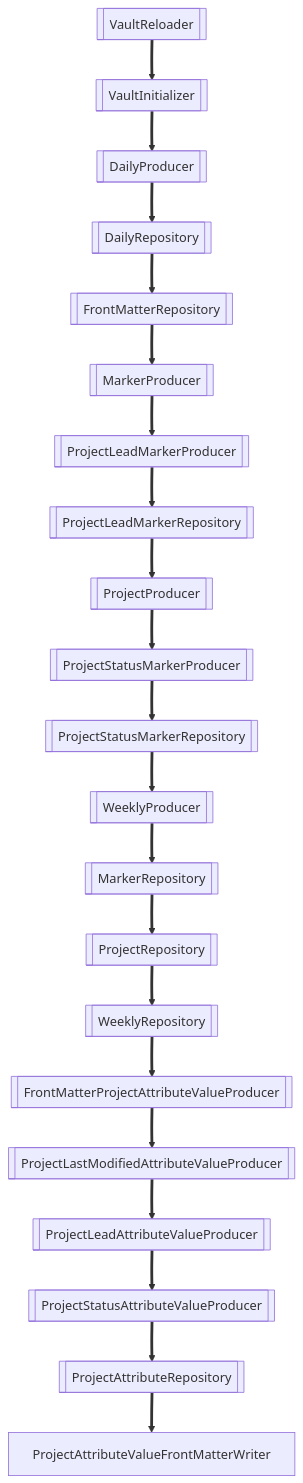
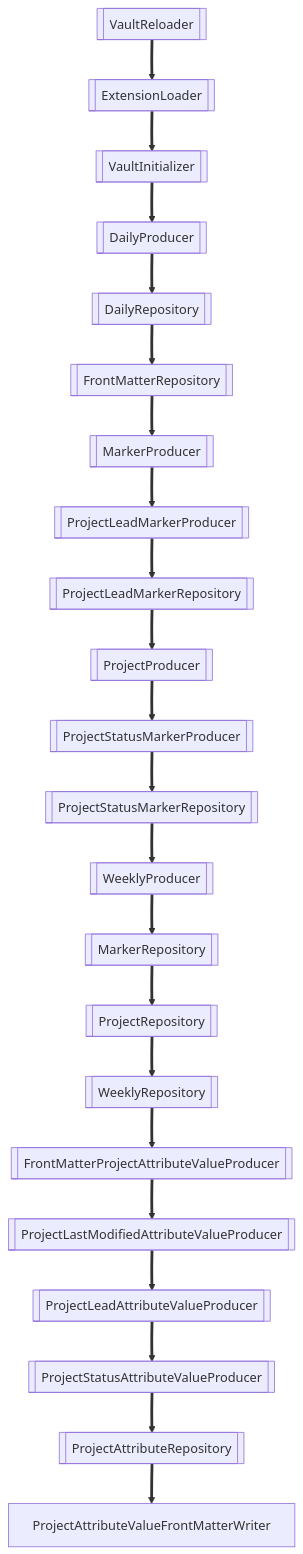
The first of 2 diagrams in vault/Systems/Markdown Curator.md (voostindie/markdown-curator-demo), drawn with Mermaid before and after one commit. The commit also changed other lines of this file and 4 other files, not shown here.

````diff
--- a/vault/Systems/Markdown Curator.md
+++ b/vault/Systems/Markdown Curator.md
@@ -37,43 +37,45 @@
 ```mermaid
 graph TB
-    VaultReloader ==> VaultInitializer
+    VaultReloader ==> ExtensionLoader
     VaultReloader@{ shape: subproc }
+    ExtensionLoader ==> VaultInitializer
+    ExtensionLoader@{ shape: subproc }
     VaultInitializer ==> DailyProducer
     VaultInitializer@{ shape: subproc }
     DailyProducer ==> DailyRepository
     DailyProducer@{ shape: subproc }
     DailyRepository ==> FrontMatterRepository
     DailyRepository@{ shape: subproc }
     FrontMatterRepository ==> MarkerProducer
     FrontMatterRepository@{ shape: subproc }
     MarkerProducer ==> ProjectLeadMarkerProducer
     MarkerProducer@{ shape: subproc }
     ProjectLeadMarkerProducer ==> ProjectLeadMarkerRepository
     ProjectLeadMarkerProducer@{ shape: subproc }
     ProjectLeadMarkerRepository ==> ProjectProducer
     ProjectLeadMarkerRepository@{ shape: subproc }
     ProjectProducer ==> ProjectStatusMarkerProducer
     ProjectProducer@{ shape: subproc }
     ProjectStatusMarkerProducer ==> ProjectStatusMarkerRepository
     ProjectStatusMarkerProducer@{ shape: subproc }
     ProjectStatusMarkerRepository ==> WeeklyProducer
     ProjectStatusMarkerRepository@{ shape: subproc }
     WeeklyProducer ==> MarkerRepository
     WeeklyProducer@{ shape: subproc }
     MarkerRepository ==> ProjectRepository
     MarkerRepository@{ shape: subproc }
     ProjectRepository ==> WeeklyRepository
     ProjectRepository@{ shape: subproc }
     WeeklyRepository ==> FrontMatterProjectAttributeValueProducer
     WeeklyRepository@{ shape: subproc }
     FrontMatterProjectAttributeValueProducer ==> ProjectLastModifiedAttributeValueProducer
     FrontMatterProjectAttributeValueProducer@{ shape: subproc }
     ProjectLastModifiedAttributeValueProducer ==> ProjectLeadAttributeValueProducer
     ProjectLastModifiedAttributeValueProducer@{ shape: subproc }
     ProjectLeadAttributeValueProducer ==> ProjectStatusAttributeValueProducer
     ProjectLeadAttributeValueProducer@{ shape: subproc }
     ProjectStatusAttributeValueProducer ==> ProjectAttributeRepository
     ProjectStatusAttributeValueProducer@{ shape: subproc }
     ProjectAttributeRepository ==> ProjectAttributeValueFrontMatterWriter
     ProjectAttributeRepository@{ shape: subproc }
 ```
````
